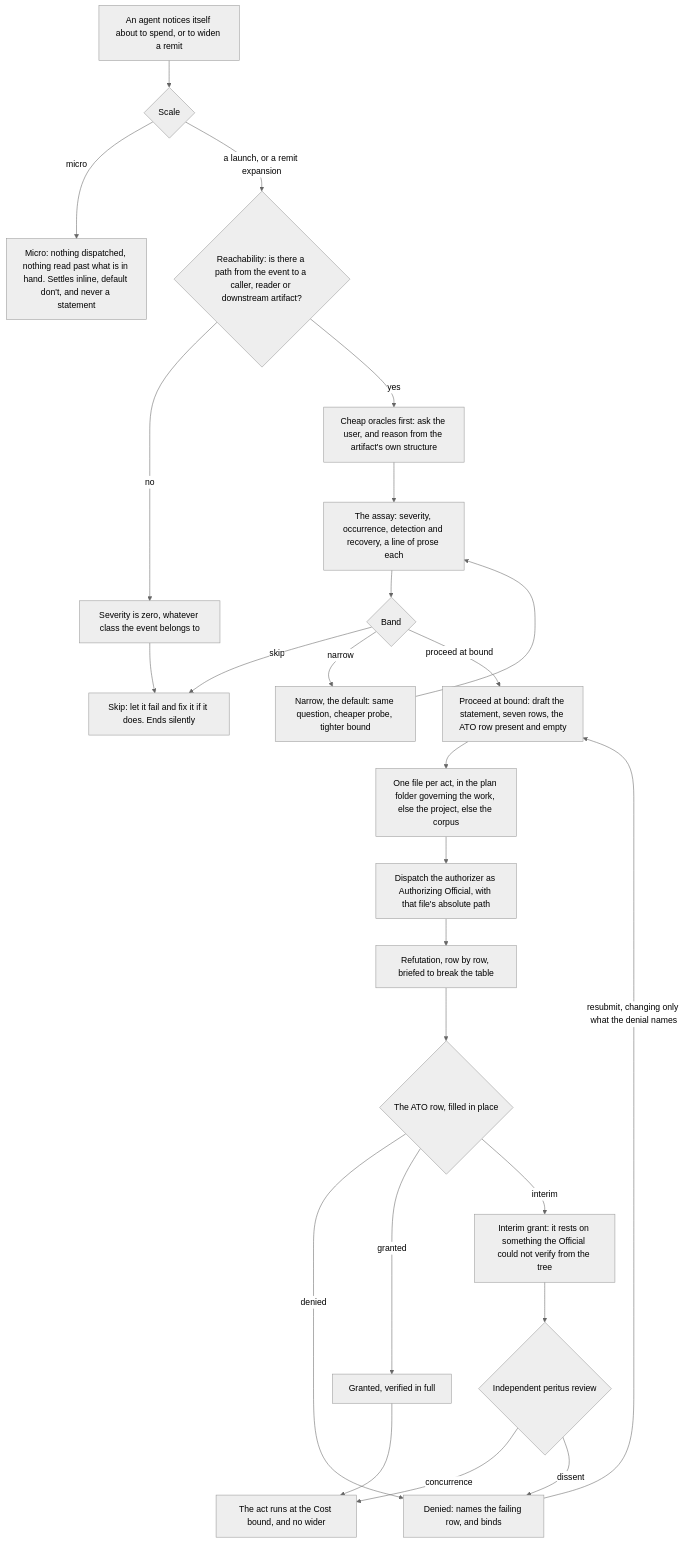
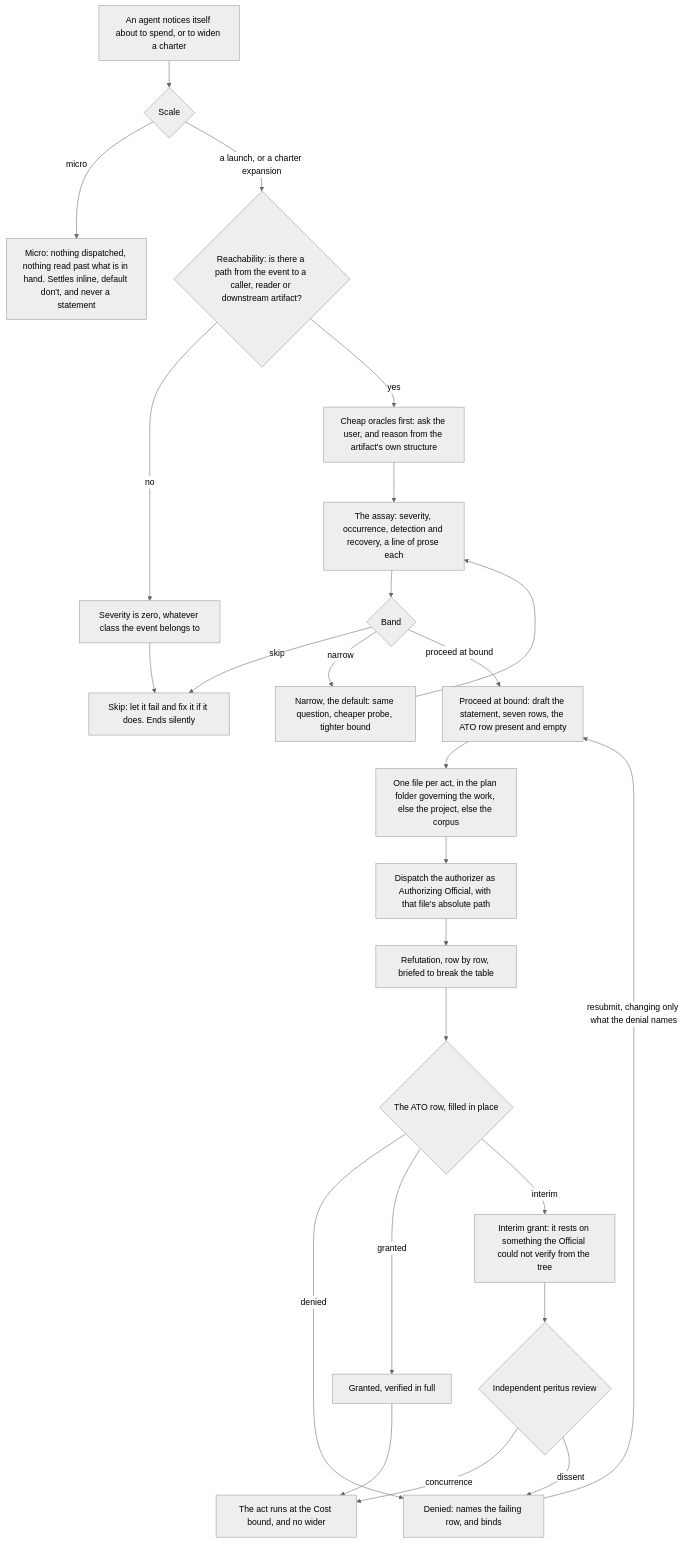
Before and after one commit to EricBLivingston/corpus-iuris: the second of 2 diagrams in docs/governance.md, drawn with Mermaid (neutral theme). The commit also changed other lines of this file and 62 other files, not shown here.

````diff
--- a/docs/governance.md
+++ b/docs/governance.md
@@ -117,48 +117,48 @@
 ```mermaid
 flowchart TD
-  SPEND["An agent notices itself about to spend, or to widen a remit"]
+  SPEND["An agent notices itself about to spend, or to widen a charter"]
   SCALE{"Scale"}
   MICRO["Micro: nothing dispatched, nothing read past what is in hand. Settles inline, default don't, and never a statement"]
   REACH{"Reachability: is there a path from the event to a caller, reader or downstream artifact?"}
   ZERO["Severity is zero, whatever class the event belongs to"]
   ORACLE["Cheap oracles first: ask the user, and reason from the artifact's own structure"]
   ASSAY["The assay: severity, occurrence, detection and recovery, a line of prose each"]
   BAND{"Band"}
   SKIP["Skip: let it fail and fix it if it does. Ends silently"]
   NARROW["Narrow, the default: same question, cheaper probe, tighter bound"]
   DRAFT["Proceed at bound: draft the statement, seven rows, the ATO row present and empty"]
   FILE["One file per act, in the plan folder governing the work, else the project, else the corpus"]
   AO["Dispatch the authorizer as Authorizing Official, with that file's absolute path"]
   REFUTE["Refutation, row by row, briefed to break the table"]
   DECIDE{"The ATO row, filled in place"}
   DENY["Denied: names the failing row, and binds"]
   FULL["Granted, verified in full"]
   INTERIM["Interim grant: it rests on something the Official could not verify from the tree"]
   PERITUS{"Independent peritus review"}
   ACT["The act runs at the Cost bound, and no wider"]
 
   SPEND --> SCALE
   SCALE -->|"micro"| MICRO
-  SCALE -->|"a launch, or a remit expansion"| REACH
+  SCALE -->|"a launch, or a charter expansion"| REACH
   REACH -->|"no"| ZERO
   ZERO --> SKIP
   REACH -->|"yes"| ORACLE
   ORACLE --> ASSAY
   ASSAY --> BAND
   BAND -->|"skip"| SKIP
   BAND -->|"narrow"| NARROW
   NARROW --> ASSAY
   BAND -->|"proceed at bound"| DRAFT
   DRAFT --> FILE
   FILE --> AO
   AO --> REFUTE
   REFUTE --> DECIDE
   DECIDE -->|"denied"| DENY
   DECIDE -->|"granted"| FULL
   DECIDE -->|"interim"| INTERIM
   FULL --> ACT
   INTERIM --> PERITUS
   PERITUS -->|"concurrence"| ACT
   PERITUS -->|"dissent"| DENY
   DENY -->|"resubmit, changing only what the denial names"| DRAFT
 ```
````
